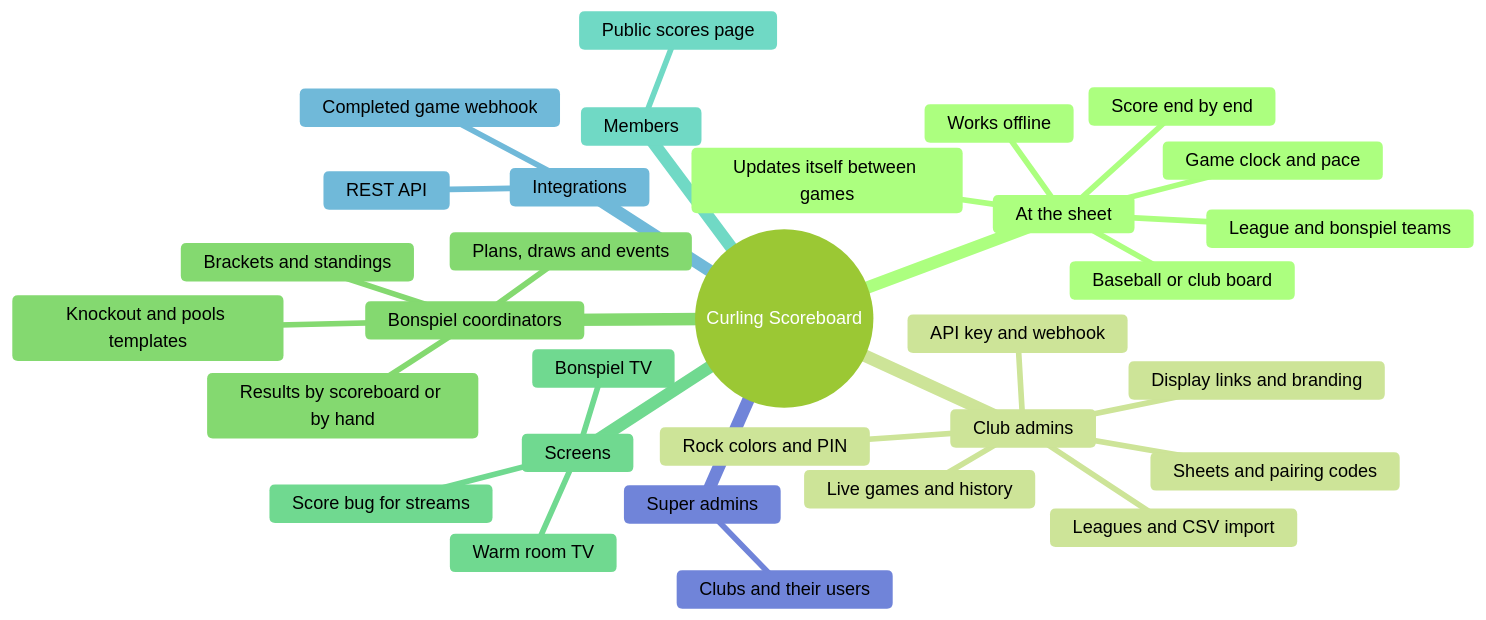
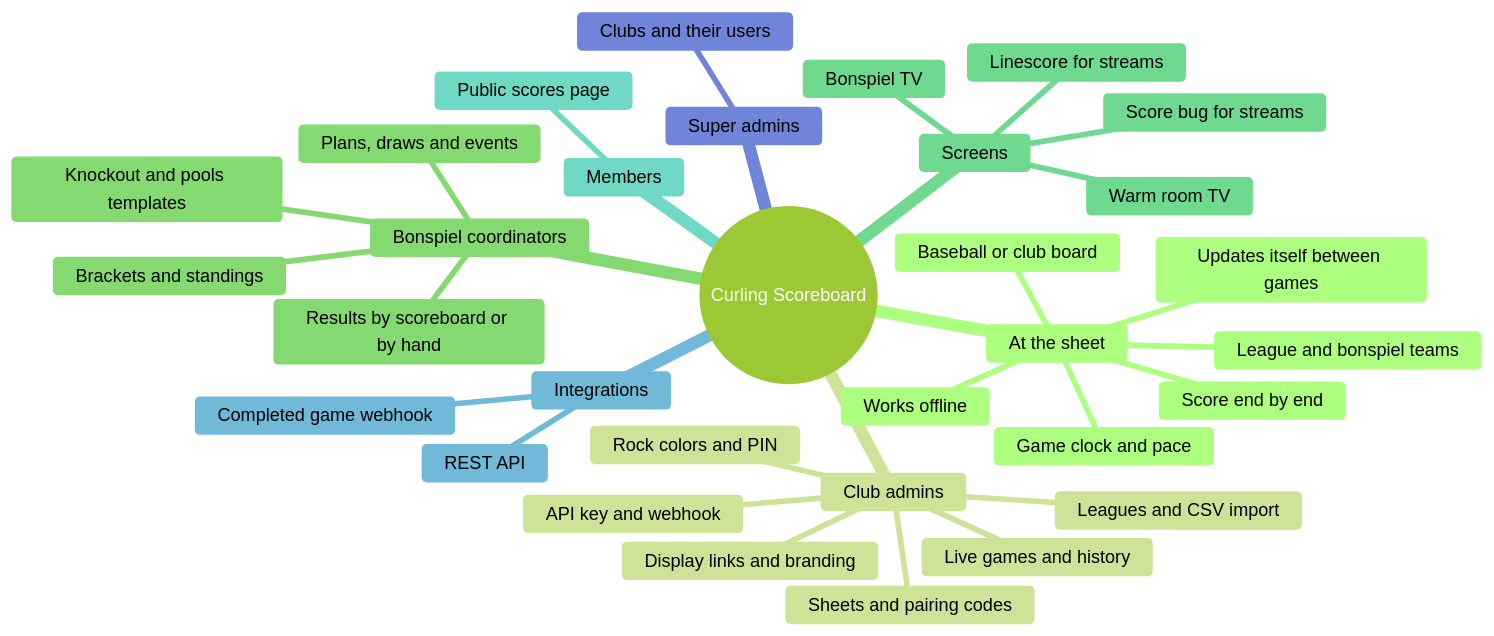
One commit to CloudgateStudios/curling_scoreboard changed the diagram in docs/FEATURES.md. Above: the diagram before and after it, drawn with Mermaid (forest theme). The commit also changed other lines of this file and 26 other files, not shown here.

````diff
--- a/docs/FEATURES.md
+++ b/docs/FEATURES.md
@@ -11,34 +11,35 @@
 ```mermaid
 mindmap
   root((Curling Scoreboard))
     At the sheet
       Score end by end
       Game clock and pace
       Baseball or club board
       League and bonspiel teams
       Works offline
       Updates itself between games
     Club admins
       Sheets and pairing codes
       Live games and history
       Leagues and CSV import
       Rock colors and PIN
       Display links and branding
       API key and webhook
     Bonspiel coordinators
       Plans, draws and events
       Knockout and pools templates
       Brackets and standings
       Results by scoreboard or by hand
     Screens
       Score bug for streams
+      Linescore for streams
       Warm room TV
       Bonspiel TV
     Members
       Public scores page
     Integrations
       REST API
       Completed game webhook
     Super admins
       Clubs and their users
 ```
````
